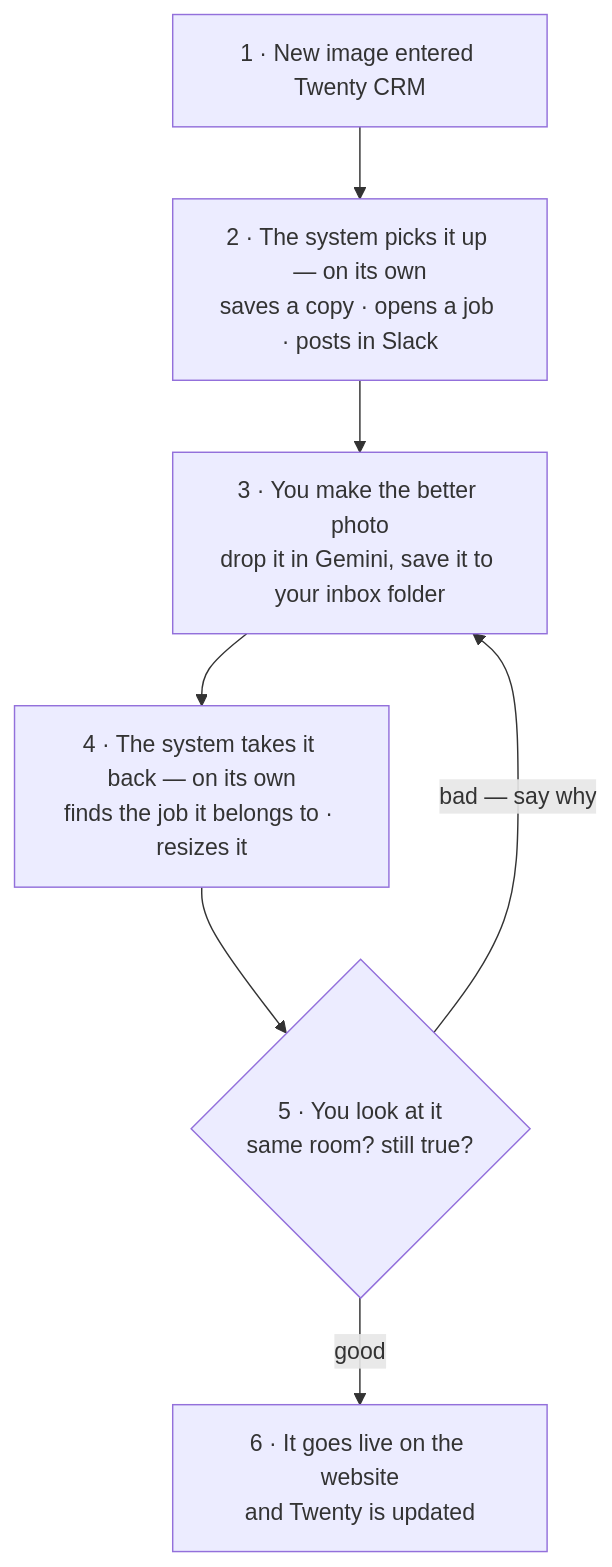
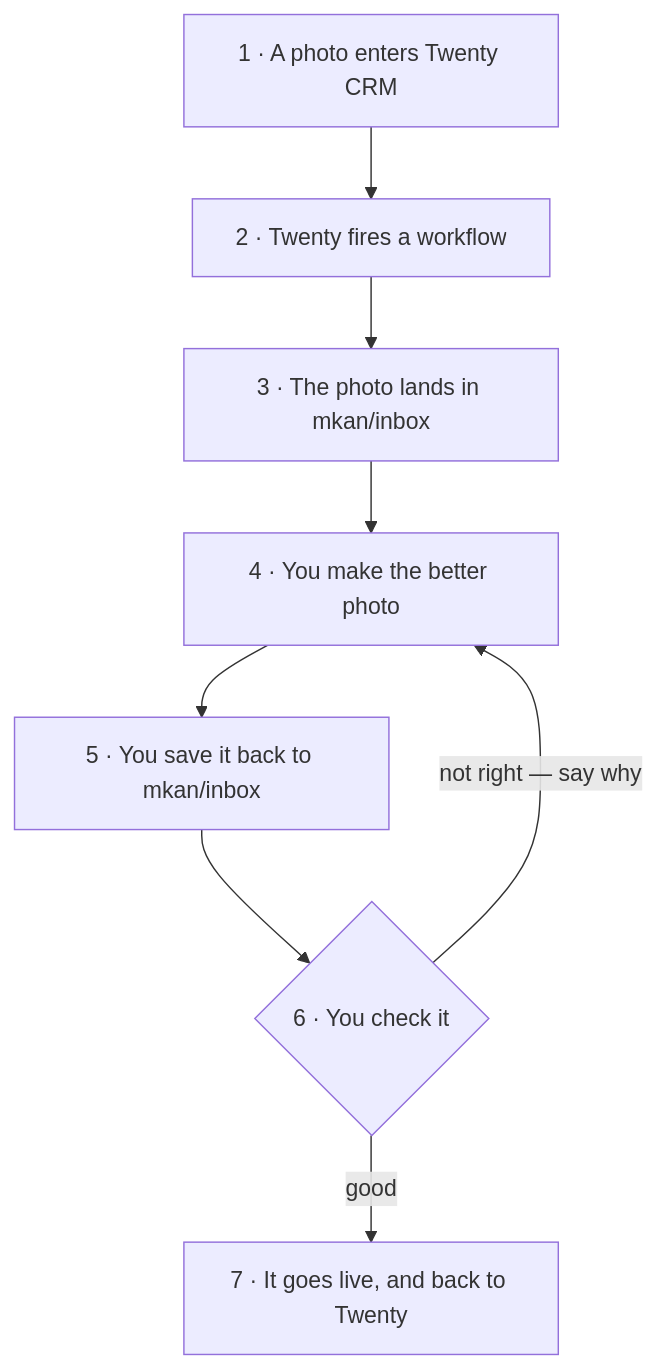
One commit to databayt/kun changed the diagram in content/docs/master.mdx. Above: the diagram before and after it, drawn with Mermaid. The commit also changed other lines of this file, not shown here.

````diff
--- a/content/docs/master.mdx
+++ b/content/docs/master.mdx
@@ -29,12 +29,13 @@
 ```mermaid
 graph TD
-    A["1 · New image entered Twenty CRM"]
-    B["2 · The system picks it up — on its own<br/>saves a copy · opens a job · posts in Slack"]
-    C["3 · You make the better photo<br/>drop it in Gemini, save it to your inbox folder"]
-    D["4 · The system takes it back — on its own<br/>finds the job it belongs to · resizes it"]
-    E{"5 · You look at it<br/>same room? still true?"}
-    F["6 · It goes live on the website<br/>and Twenty is updated"]
-    A --> B --> C --> D --> E
-    E -->|"good"| F
-    E -->|"bad — say why"| C
+    S1["1 · A photo enters Twenty CRM"]
+    S2["2 · Twenty fires a workflow"]
+    S3["3 · The photo lands in mkan/inbox"]
+    S4["4 · You make the better photo"]
+    S5["5 · You save it back to mkan/inbox"]
+    S6{"6 · You check it"}
+    S7["7 · It goes live, and back to Twenty"]
+    S1 --> S2 --> S3 --> S4 --> S5 --> S6
+    S6 -->|"good"| S7
+    S6 -->|"not right — say why"| S4
 ```
````
